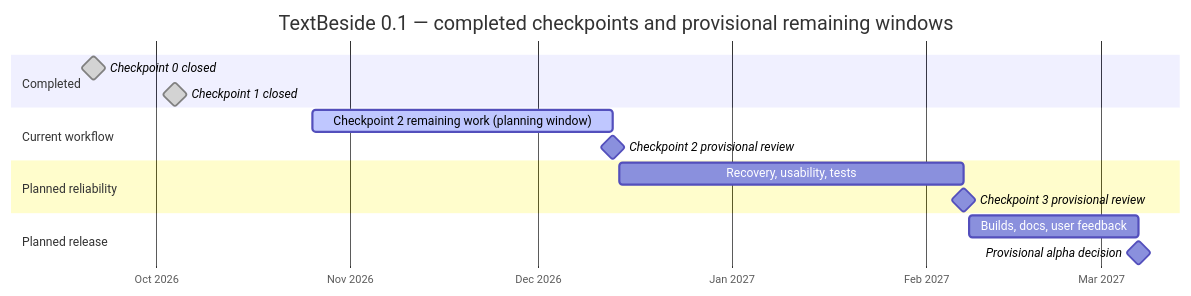
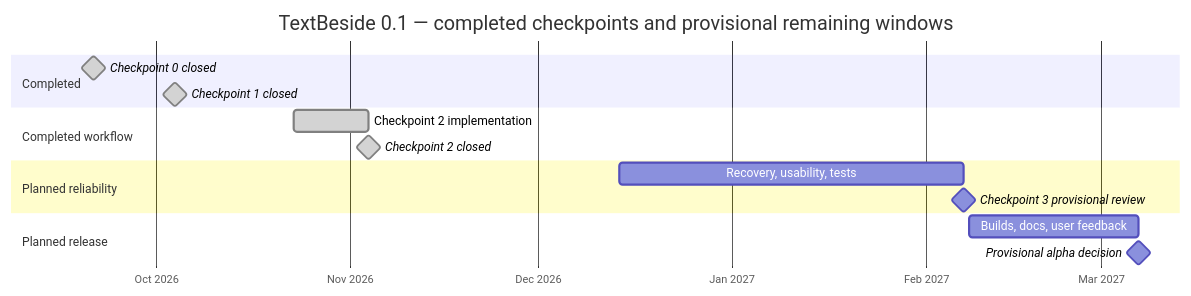
Before and after one commit to GeoffRiley/TextBeside: the diagram in ROADMAP.md, drawn with Mermaid. The commit also changed other lines of this file and 6 other files, not shown here.

````diff
--- a/ROADMAP.md
+++ b/ROADMAP.md
@@ -19,18 +19,18 @@
 ```mermaid
 gantt
     title TextBeside 0.1 — completed checkpoints and provisional remaining windows
     dateFormat YYYY-MM-DD
     axisFormat %b %Y
     section Completed
     Checkpoint 0 closed :milestone, done, c0, 2026-09-21, 0d
     Checkpoint 1 closed :milestone, done, c1, 2026-10-04, 0d
-    section Current workflow
-    Checkpoint 2 remaining work (planning window) :active, c2, 2026-10-26, 2026-12-13
-    Checkpoint 2 provisional review :milestone, 2026-12-13, 0d
+    section Completed workflow
+    Checkpoint 2 implementation :done, c2, 2026-10-23, 2026-11-04
+    Checkpoint 2 closed :milestone, done, 2026-11-04, 0d
     section Planned reliability
     Recovery, usability, tests :c3, 2026-12-14, 2027-02-07
     Checkpoint 3 provisional review :milestone, 2027-02-07, 0d
     section Planned release
     Builds, docs, user feedback :c4, 2027-02-08, 2027-03-07
     Provisional alpha decision :milestone, 2027-03-07, 0d
 ```
````
